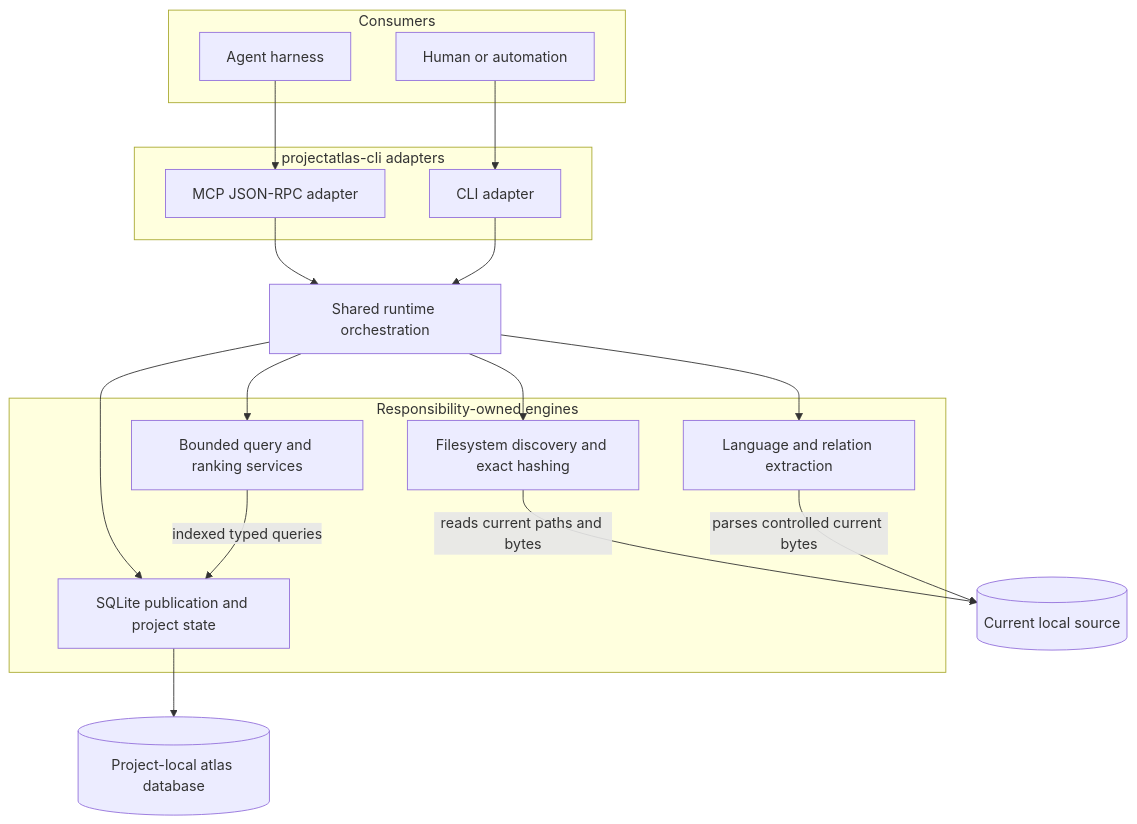
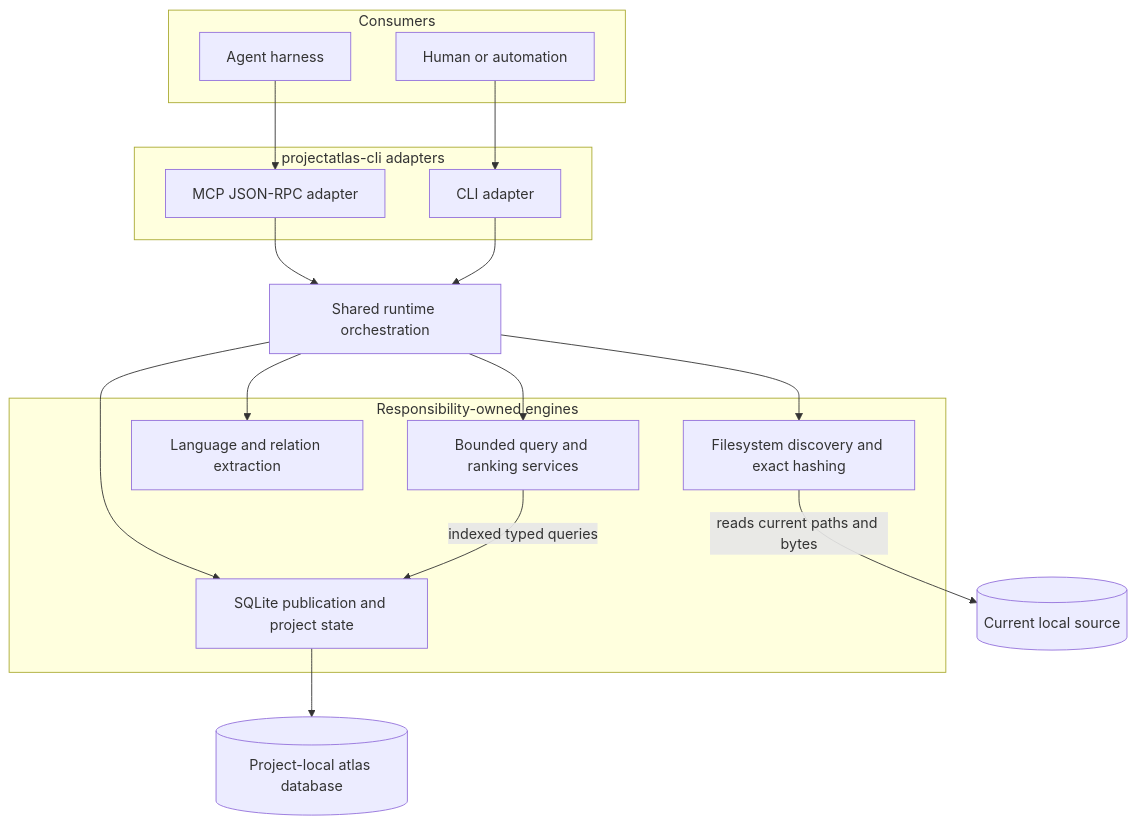
Before and after one commit to styler-ai/ProjectAtlas: the first of 5 diagrams in docs/projectatlas-3-architecture.md, drawn with Mermaid. The commit also changed other lines of this file and 11 other files, not shown here.

````diff
--- a/docs/projectatlas-3-architecture.md
+++ b/docs/projectatlas-3-architecture.md
@@ -194,33 +194,32 @@
 ```mermaid
 flowchart TB
     subgraph Hosts[Consumers]
         Agent[Agent harness]
         User[Human or automation]
     end
     subgraph Adapters[projectatlas-cli adapters]
         MCP[MCP JSON-RPC adapter]
         CLI[CLI adapter]
     end
     Runtime[Shared runtime orchestration]
     subgraph Engines[Responsibility-owned engines]
         FS[Filesystem discovery and exact hashing]
         Symbols[Language and relation extraction]
         Service[Bounded query and ranking services]
         DB[SQLite publication and project state]
     end
     Source[(Current local source)]
     Atlas[(Project-local atlas database)]
 
     Agent --> MCP
     User --> CLI
     MCP --> Runtime
     CLI --> Runtime
     Runtime --> FS
     Runtime --> Symbols
     Runtime --> Service
     Runtime --> DB
     FS -->|reads current paths and bytes| Source
-    Symbols -->|parses controlled current bytes| Source
     Service -->|indexed typed queries| DB
     DB --> Atlas
 ```
````
